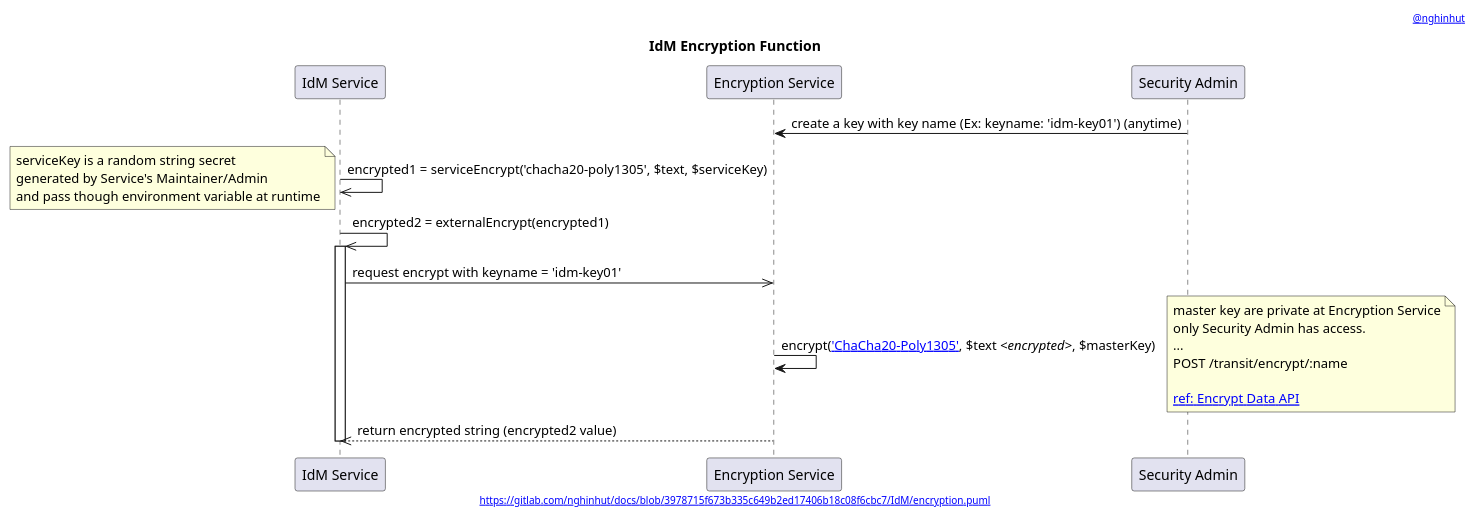
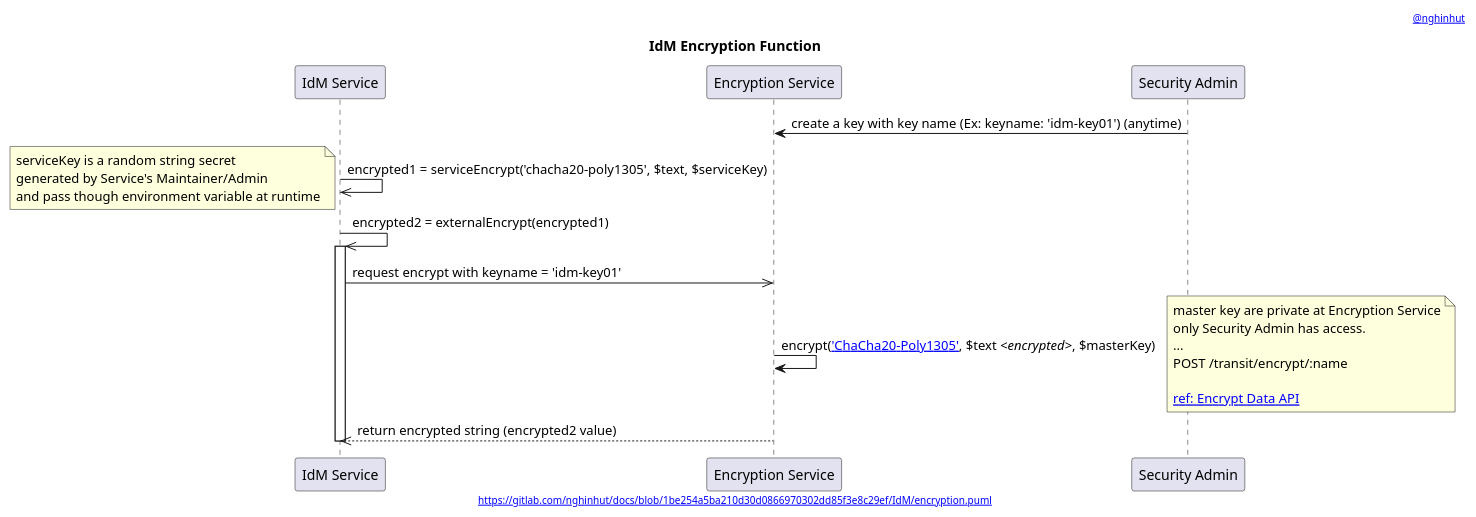
Before and after one commit to nghinhut/docs: the diagram in IdM/encryption.function.puml, drawn with PlantUML. The commit also changed 22 other files, not shown here.

Commit message:
Update diagrams

```diff
--- a/IdM/encryption.function.puml
+++ b/IdM/encryption.function.puml
@@ -1,36 +1,36 @@
 @startuml
 '-----START auto generated metadata please keep comment here to allow auto update-----
 '-----DON'T EDIT THIS SECTION, INSTEAD RE-RUN prebuild.sh TO UPDATE-----
-header [[https://www.nghinhut.dev?from=http%5C%3A%5C%2F%5C%2Fwww%5C.plantuml%5C.com%5C%2Fplantuml%5C%2Fproxy%3Ffmt%3Dsvg%5C%26src%3Dhttps%5C%3A%5C%2F%5C%2Fgitlab%5C.com%5C%2Fnghinhut%5C%2Fdocs%5C%2Fraw%5C%2F3978715f673b335c649b2ed17406b18c08f6cbc7%5C%2FIdM%5C%2Fencryption%5C.puml%0A @nghinhut]]
-footer [[http://www.plantuml.com/plantuml/proxy?fmt=svg&src=https://gitlab.com/nghinhut/docs/raw/3978715f673b335c649b2ed17406b18c08f6cbc7/IdM/encryption.puml https://gitlab.com/nghinhut/docs/blob/3978715f673b335c649b2ed17406b18c08f6cbc7/IdM/encryption.puml]]
+header [[https://www.nghinhut.dev?from=http%5C%3A%5C%2F%5C%2Fwww%5C.plantuml%5C.com%5C%2Fplantuml%5C%2Fproxy%3Ffmt%3Dsvg%5C%26src%3Dhttps%5C%3A%5C%2F%5C%2Fgitlab%5C.com%5C%2Fnghinhut%5C%2Fdocs%5C%2Fraw%5C%2F1be254a5ba210d30d0866970302dd85f3e8c29ef%5C%2FIdM%5C%2Fencryption%5C.puml%0A @nghinhut]]
+footer [[http://www.plantuml.com/plantuml/proxy?fmt=svg&src=https://gitlab.com/nghinhut/docs/raw/1be254a5ba210d30d0866970302dd85f3e8c29ef/IdM/encryption.puml https://gitlab.com/nghinhut/docs/blob/1be254a5ba210d30d0866970302dd85f3e8c29ef/IdM/encryption.puml]]
 '-----END auto generated metadata please keep comment here to allow auto update-----
 title IdM Encryption Function
 participant "IdM Service" as idm
 participant "Encryption Service" as es
 participant "Security Admin" as esAdmin
 
 es <- esAdmin : create a key with key name (Ex: keyname: 'idm-key01') (anytime)
 
 idm ->> idm : encrypted1 = serviceEncrypt('chacha20-poly1305', $text, $serviceKey)
 note left
     serviceKey is a random string secret
     generated by Service's Maintainer/Admin
     and pass though environment variable at runtime
 end note
 
 idm ->> idm : encrypted2 = externalEncrypt(encrypted1)
 activate idm
     idm ->> es : request encrypt with keyname = 'idm-key01'
         es -> es : encrypt([[https://www.vaultproject.io/docs/secrets/transit/index.html#chacha20-poly1305{ChaCha20-Poly1305 with a 256-bit key} 'ChaCha20-Poly1305']], $text //<encrypted>//, $masterKey)
         note right
             master key are private at Encryption Service
             only Security Admin has access.
             ...
             POST /transit/encrypt/:name
 
             [[https://www.vaultproject.io/api/secret/transit/index.html#encrypt-data ref: Encrypt Data API]]
         end note
     idm <<-- es : return encrypted string (encrypted2 value)
 deactivate idm
 
 @enduml
```
